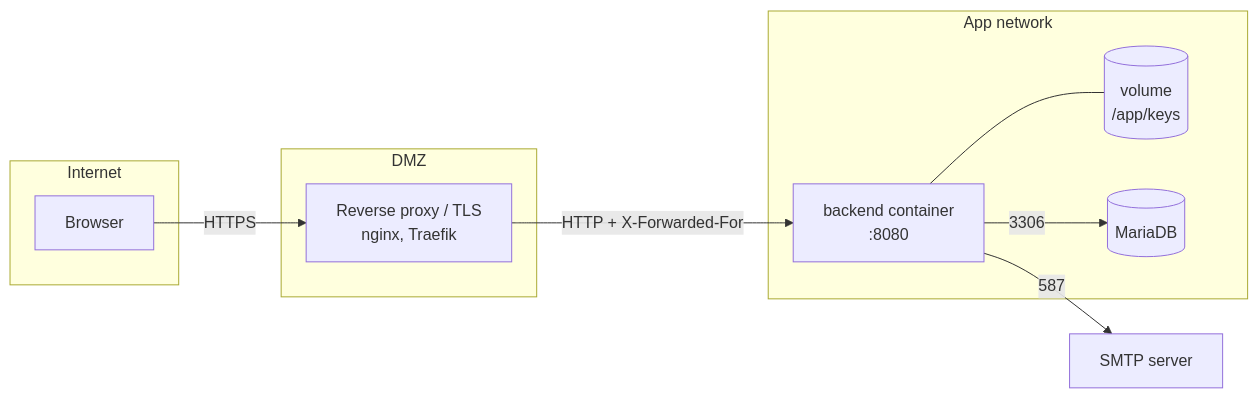
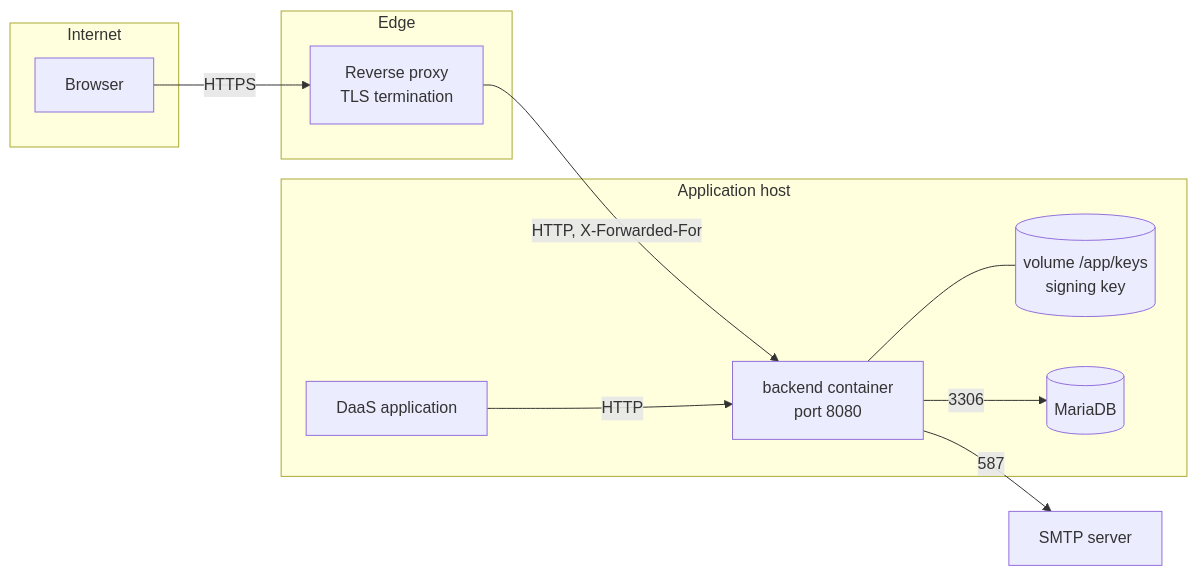
Before and after one commit to design-daas-fra-uas/design-daas-backend-java: the seventh of 9 diagrams in docs/arc42.md, drawn with Mermaid. The commit also changed other lines of this file and 3 other files, not shown here.

````diff
--- a/docs/arc42.md
+++ b/docs/arc42.md
@@ -212,19 +349,21 @@
 ```mermaid
 flowchart LR
-    subgraph Internet
-        B[Browser]
+    subgraph internet [Internet]
+        browser[Browser]
     end
-    subgraph DMZ
-        RP[Reverse proxy / TLS<br/>nginx, Traefik]
+    subgraph edge [Edge]
+        proxy[Reverse proxy<br/>TLS termination]
     end
-    subgraph App network
-        BE1[backend container<br/>:8080]
-        V[(volume<br/>/app/keys)]
-        DB[(MariaDB)]
+    subgraph host [Application host]
+        backend[backend container<br/>port 8080]
+        keys[(volume /app/keys<br/>signing key)]
+        db[(MariaDB)]
+        daas[DaaS application]
     end
-    SMTP[SMTP server]
-    B -->|HTTPS| RP -->|HTTP + X-Forwarded-For| BE1
-    BE1 --- V
-    BE1 -->|3306| DB
-    BE1 -->|587| SMTP
+    smtp[SMTP server]
+    browser -->|HTTPS| proxy -->|HTTP, X-Forwarded-For| backend
+    daas -->|HTTP| backend
+    backend --- keys
+    backend -->|3306| db
+    backend -->|587| smtp
 ```
````
